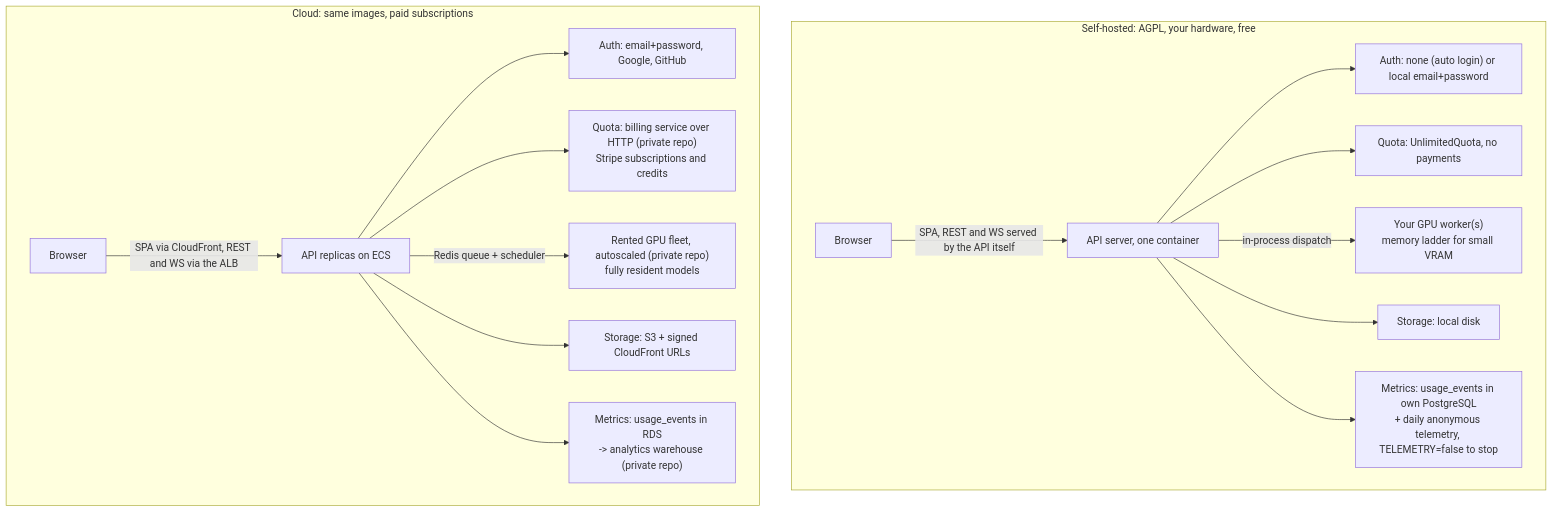
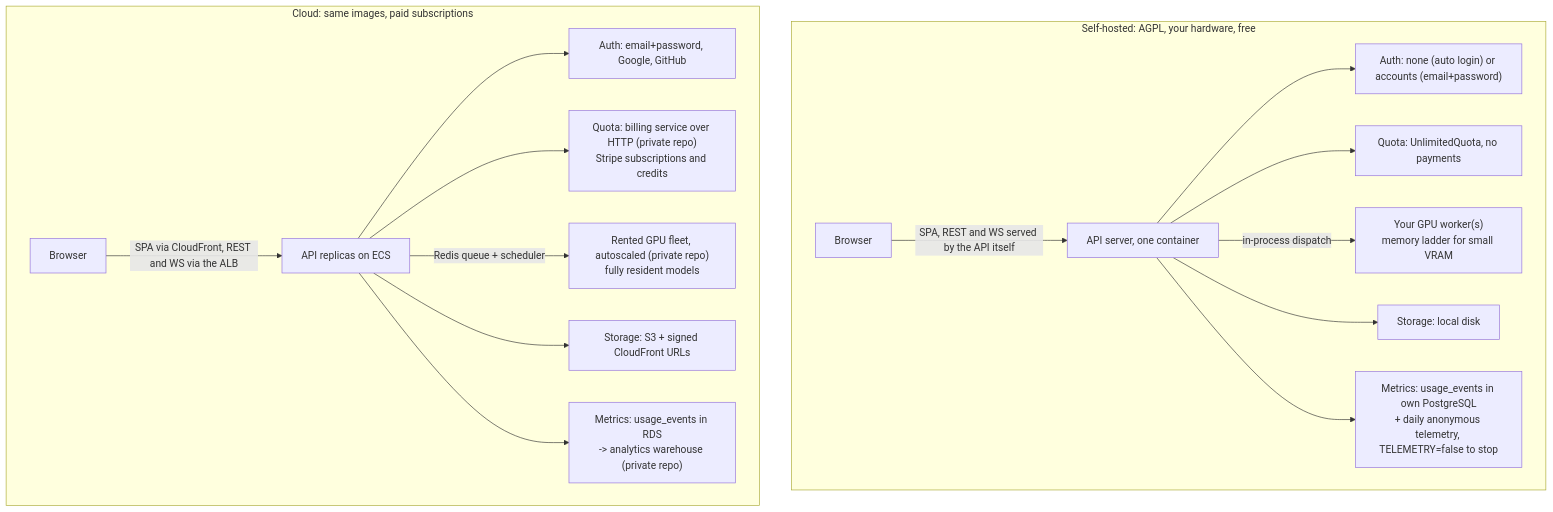
The second of 2 diagrams in docs/deployment-profiles.md (Portocolom-Studio/potocolom), drawn with Mermaid before and after one commit. The commit also changed other lines of this file and 18 other files, not shown here.

````diff
--- a/docs/deployment-profiles.md
+++ b/docs/deployment-profiles.md
@@ -74,19 +74,19 @@
 ```mermaid
 flowchart TB
     subgraph SH["Self-hosted: AGPL, your hardware, free"]
         B1["Browser"] -->|"SPA, REST and WS served by the API itself"| A1["API server, one container"]
-        A1 --> AU1["Auth: none (auto login) or local email+password"]
+        A1 --> AU1["Auth: none (auto login) or accounts (email+password)"]
         A1 --> Q1["Quota: UnlimitedQuota, no payments"]
         A1 -->|"in-process dispatch"| W1["Your GPU worker(s)<br>memory ladder for small VRAM"]
         A1 --> S1["Storage: local disk"]
         A1 --> M1["Metrics: usage_events in own PostgreSQL<br>+ daily anonymous telemetry, TELEMETRY=false to stop"]
     end
     subgraph CL["Cloud: same images, paid subscriptions"]
         B2["Browser"] -->|"SPA via CloudFront, REST and WS via the ALB"| A2["API replicas on ECS"]
         A2 --> AU2["Auth: email+password, Google, GitHub"]
         A2 --> Q2["Quota: billing service over HTTP (private repo)<br>Stripe subscriptions and credits"]
         A2 -->|"Redis queue + scheduler"| W2["Rented GPU fleet, autoscaled (private repo)<br>fully resident models"]
         A2 --> S2["Storage: S3 + signed CloudFront URLs"]
         A2 --> M2["Metrics: usage_events in RDS<br>-> analytics warehouse (private repo)"]
     end
 ```
````
